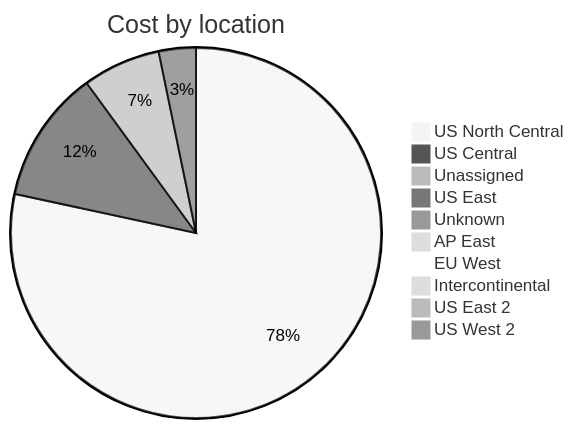
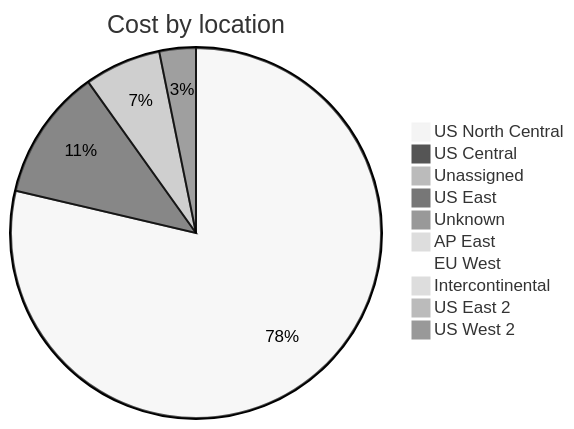
The third of 4 diagrams in cost-reports/accumulated-cost.md (jpfulton/azure-personal-reports), drawn with Mermaid (neutral theme) before and after one commit. The commit also changed other lines of this file and 3 other files, not shown here.

````diff
--- a/cost-reports/accumulated-cost.md
+++ b/cost-reports/accumulated-cost.md
@@ -132,14 +132,14 @@
 ```mermaid
 pie
    title Cost by location
-   "US North Central" : 134.45
-   "US Central" : 19.87
+   "US North Central" : 137.12
+   "US Central" : 19.97
    "Unassigned" : 11.65
    "US East" : 5.55
    "Unknown" : 0.75
    "AP East" : 0.00
    "EU West" : 0.00
    "Intercontinental" : 0.00
    "US East 2" : 0.00
    "US West 2" : 0.00
 ```
````
